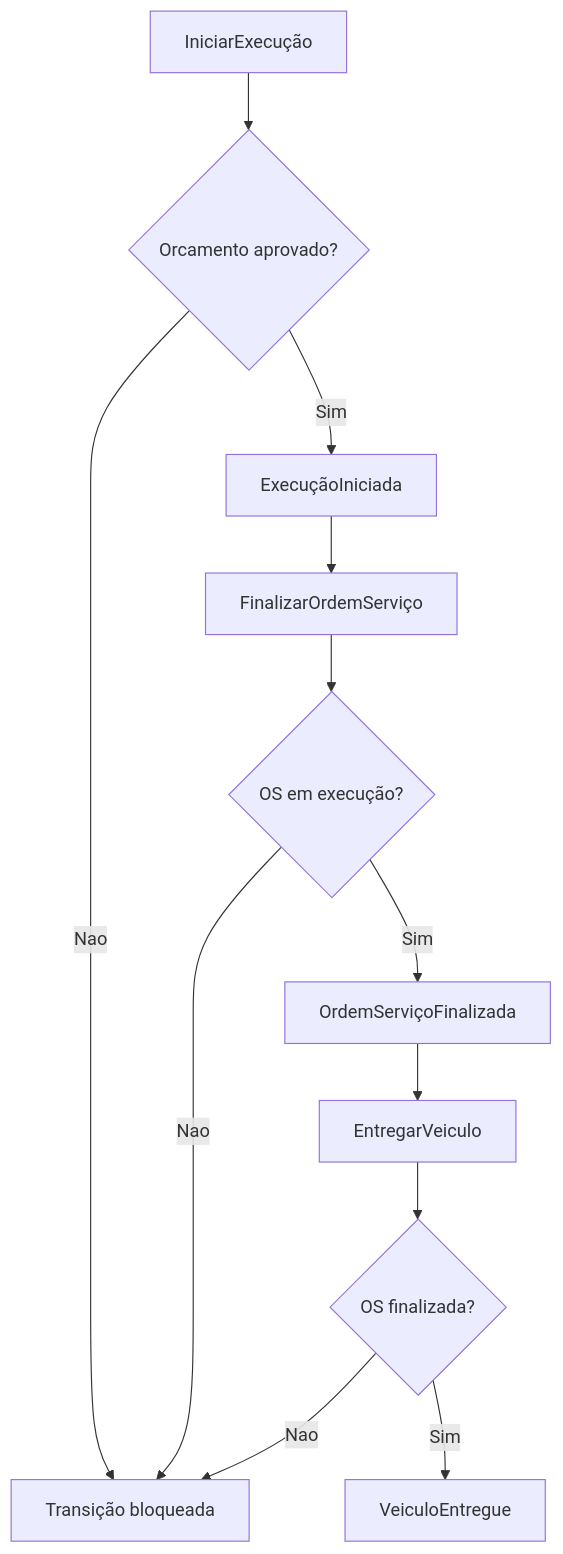
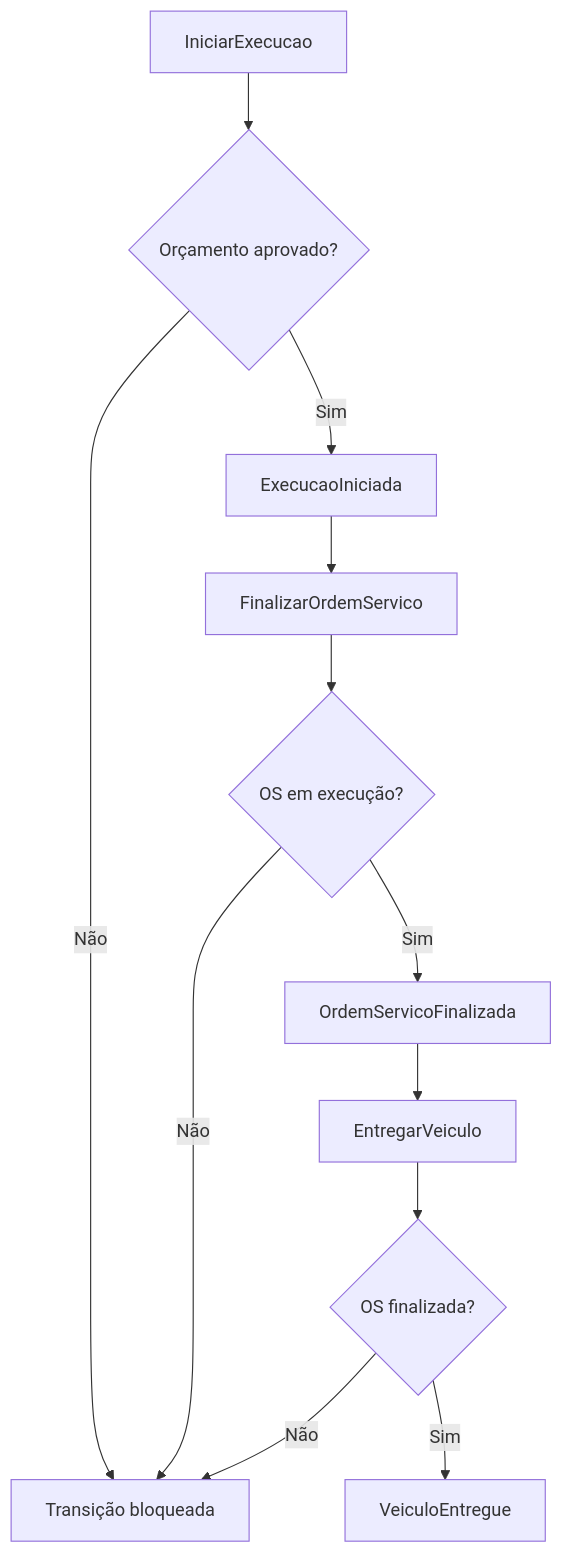
The fourth of 7 diagrams in docs/EVENT_STORMING.md (yxsbx/SOAT-FIAP), drawn with Mermaid before and after one commit. The commit also changed other lines of this file and 13 other files, not shown here.

````diff
--- a/docs/EVENT_STORMING.md
+++ b/docs/EVENT_STORMING.md
@@ -379,21 +381,21 @@
 ```mermaid
 flowchart TD
-    C1["IniciarExecução"]
-    P1{"Orcamento aprovado?"}
-    E1["ExecuçãoIniciada"]
-    C2["FinalizarOrdemServiço"]
+    C1["IniciarExecucao"]
+    P1{"Orçamento aprovado?"}
+    E1["ExecucaoIniciada"]
+    C2["FinalizarOrdemServico"]
     P2{"OS em execução?"}
-    E2["OrdemServiçoFinalizada"]
+    E2["OrdemServicoFinalizada"]
     C3["EntregarVeiculo"]
     P3{"OS finalizada?"}
     E3["VeiculoEntregue"]
     X1["Transição bloqueada"]
 
     C1 --> P1
-    P1 -- "Nao" --> X1
+    P1 -- "Não" --> X1
     P1 -- "Sim" --> E1 --> C2 --> P2
-    P2 -- "Nao" --> X1
+    P2 -- "Não" --> X1
     P2 -- "Sim" --> E2 --> C3 --> P3
-    P3 -- "Nao" --> X1
+    P3 -- "Não" --> X1
     P3 -- "Sim" --> E3
 ```
````
